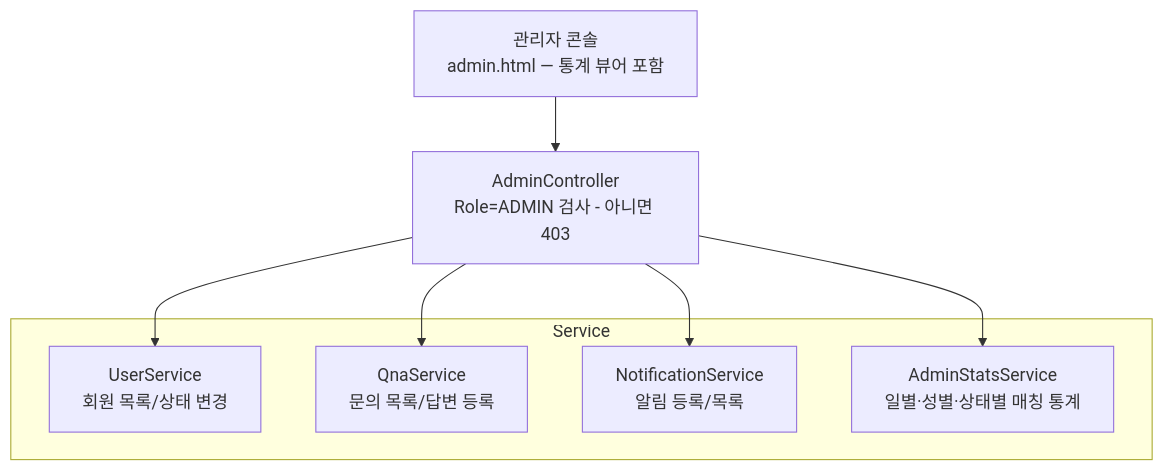
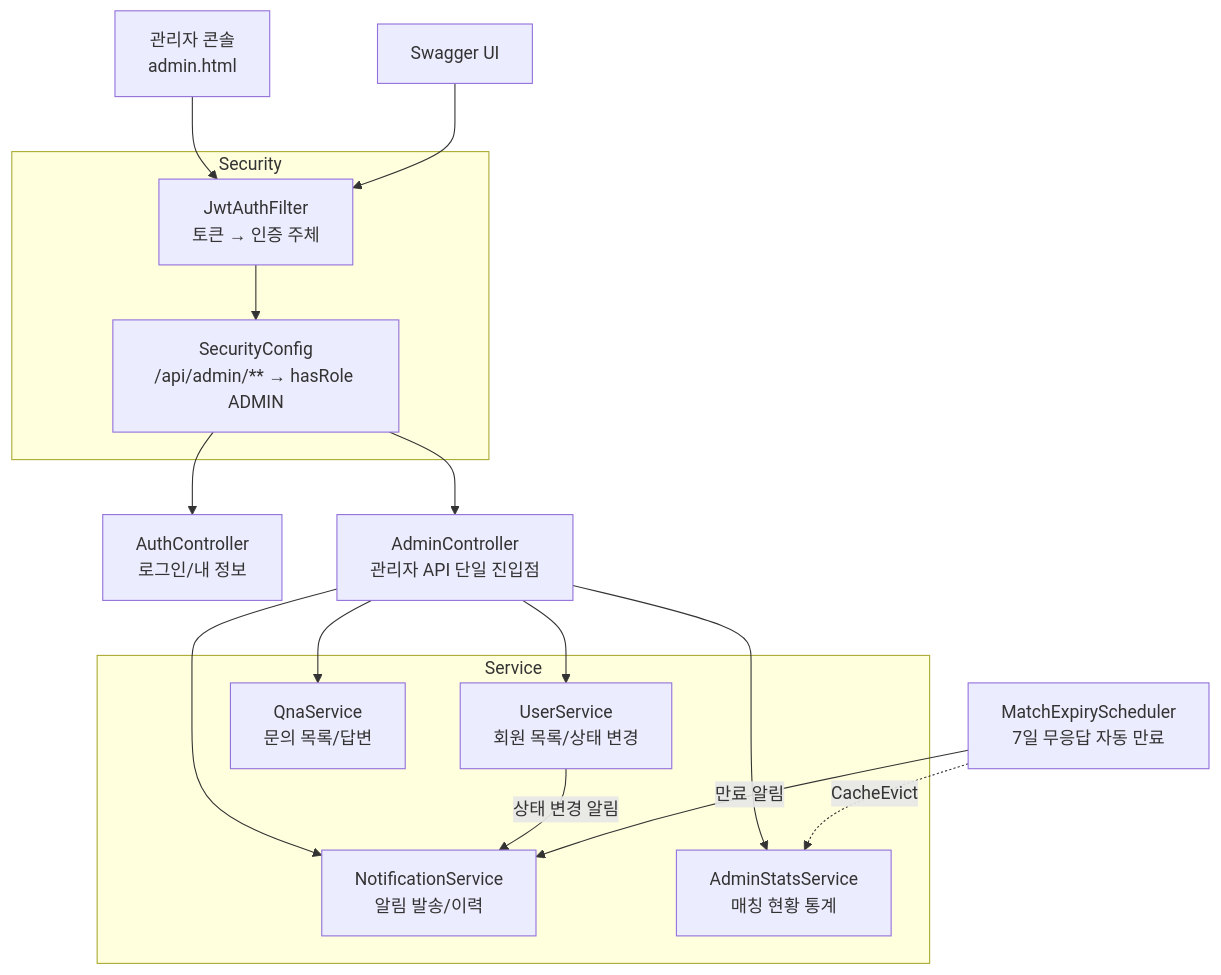
Before and after one commit to hello-pebble/MatchSimulation: the first of 5 diagrams in docs/architecture.md, drawn with Mermaid. The commit also changed other lines of this file and 134 other files, not shown here.

First line of the commit message:
관리자 전용 서비스(AdminHub)로 전환 + 매칭 통계 DB 집계

````diff
--- a/docs/architecture.md
+++ b/docs/architecture.md
@@ -67,16 +32,29 @@
 ```mermaid
 graph TD
-    ADFE[관리자 콘솔<br/>admin.html — 통계 뷰어 포함]
+    FE[관리자 콘솔<br/>admin.html]
+    SW[Swagger UI]
 
-    ADC[AdminController<br/>Role=ADMIN 검사 - 아니면 403]
+    subgraph "Security"
+        JF[JwtAuthFilter<br/>토큰 → 인증 주체]
+        SC[SecurityConfig<br/>/api/admin/** → hasRole ADMIN]
+    end
+
+    AUC[AuthController<br/>로그인/내 정보]
+    ADC[AdminController<br/>관리자 API 단일 진입점]
 
     subgraph "Service"
         US[UserService<br/>회원 목록/상태 변경]
-        AQS[QnaService<br/>문의 목록/답변 등록]
-        ANS[NotificationService<br/>알림 등록/목록]
-        SS[AdminStatsService<br/>일별·성별·상태별 매칭 통계]
+        QS[QnaService<br/>문의 목록/답변]
+        NS[NotificationService<br/>알림 발송/이력]
+        SS[AdminStatsService<br/>매칭 현황 통계]
     end
 
-    ADFE --> ADC
-    ADC --> US & AQS & ANS & SS
+    BATCH[MatchExpiryScheduler<br/>7일 무응답 자동 만료]
+
+    FE & SW --> JF --> SC
+    SC --> AUC & ADC
+    ADC --> US & QS & NS & SS
+    US -->|상태 변경 알림| NS
+    BATCH -->|만료 알림| NS
+    BATCH -.CacheEvict.-> SS
 ```
````
